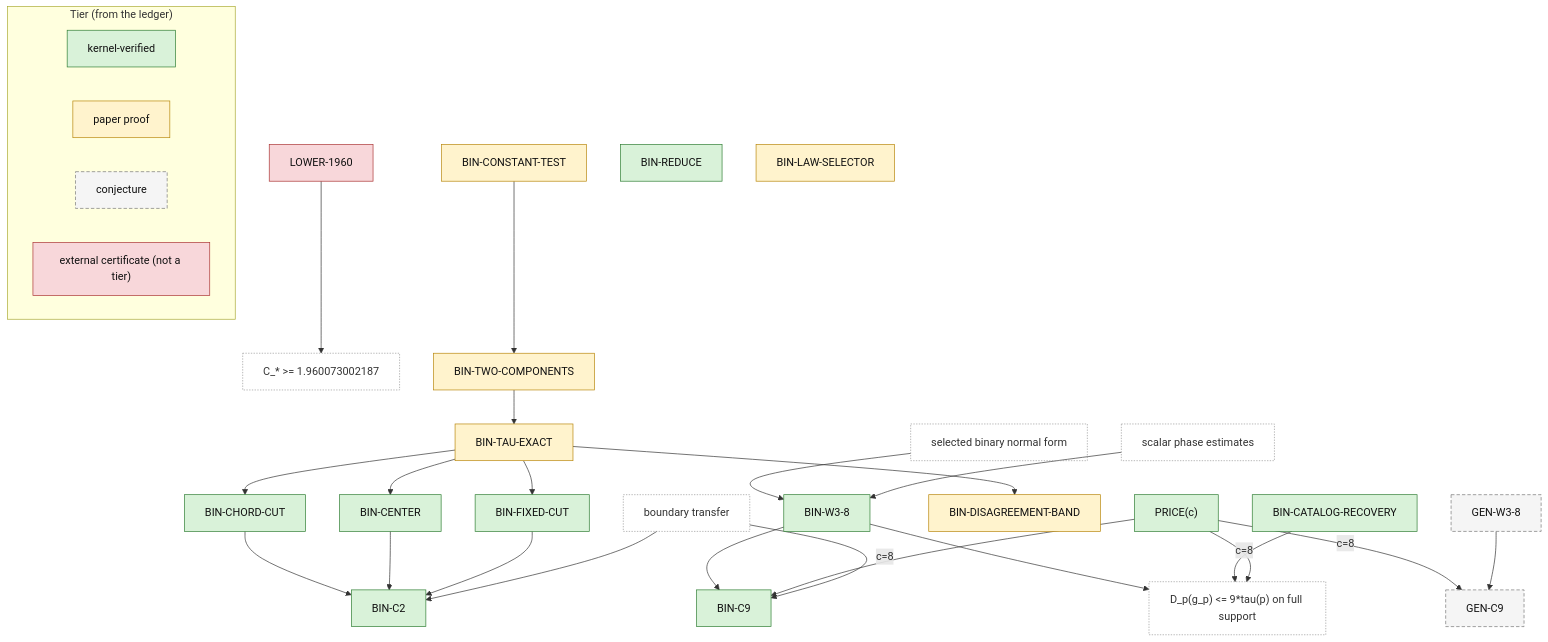
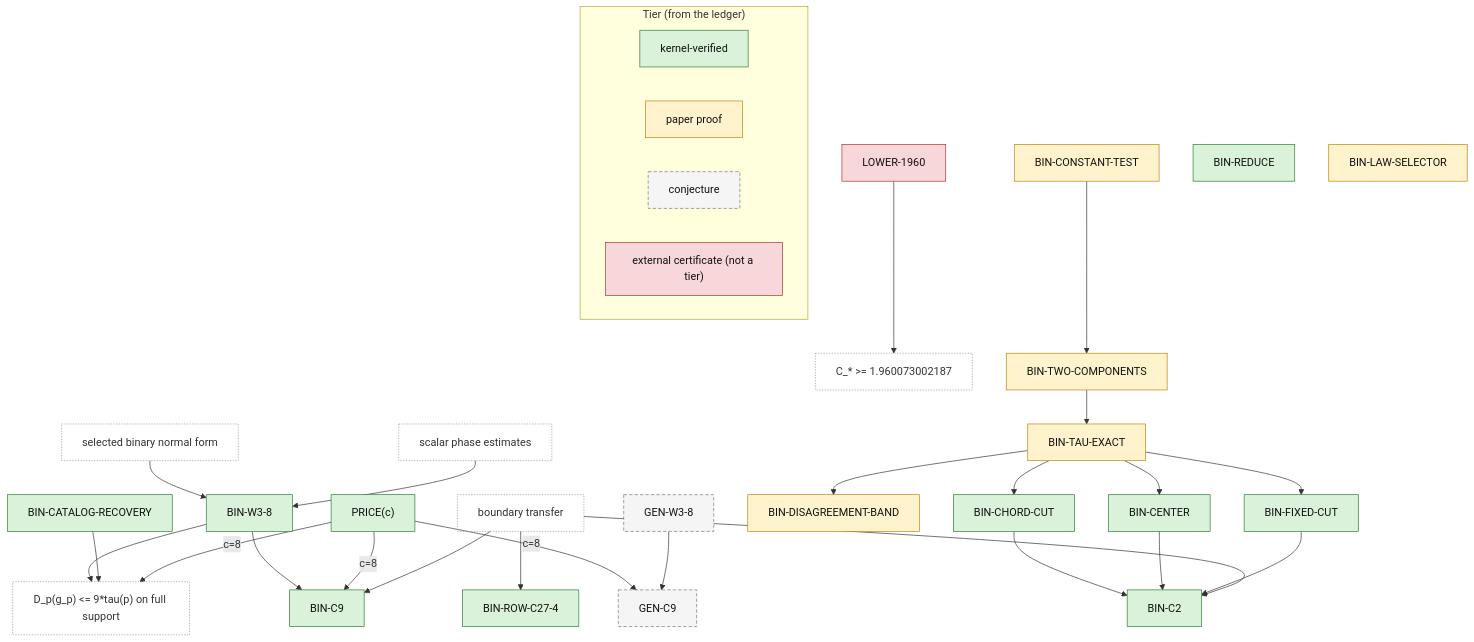
Before and after one commit to AlexisOlson/stochastic-to-deterministic-latents: the diagram in docs/claims.md, drawn with Mermaid. The commit also changed other lines of this file and 16 other files, not shown here.

````diff
--- a/docs/claims.md
+++ b/docs/claims.md
@@ -61,62 +70,63 @@
 ```mermaid
 %% Claim DAG from docs/claims.md. Edge A --> B means B depends on A.
 %% Node colour is the ledger tier; dashed plain nodes are inputs that are not claims.
 %% Generated by gen_diagrams.py; do not edit by hand.
 graph TD
   selected_binary_normal_form["selected binary normal form"]:::aux
   BIN_W3_8["BIN-W3-8"]:::kernel
   scalar_phase_estimates["scalar phase estimates"]:::aux
   BIN_C9["BIN-C9"]:::kernel
   PRICE_c["PRICE(c)"]:::kernel
   boundary_transfer["boundary transfer"]:::aux
   D_p_g_p_9_tau_p_on_full_support["D_p(g_p) <= 9*tau(p) on full support"]:::aux
   BIN_CATALOG_RECOVERY["BIN-CATALOG-RECOVERY"]:::kernel
   GEN_C9["GEN-C9"]:::conjecture
   GEN_W3_8["GEN-W3-8"]:::conjecture
   LOWER_1960["LOWER-1960"]:::external
   C_1_960073002187["C_* >= 1.960073002187"]:::aux
   BIN_CONSTANT_TEST["BIN-CONSTANT-TEST"]:::paper
   BIN_TWO_COMPONENTS["BIN-TWO-COMPONENTS"]:::paper
   BIN_TAU_EXACT["BIN-TAU-EXACT"]:::paper
   BIN_DISAGREEMENT_BAND["BIN-DISAGREEMENT-BAND"]:::paper
   BIN_CHORD_CUT["BIN-CHORD-CUT"]:::kernel
   BIN_CENTER["BIN-CENTER"]:::kernel
   BIN_FIXED_CUT["BIN-FIXED-CUT"]:::kernel
   BIN_C2["BIN-C2"]:::kernel
+  BIN_ROW_C27_4["BIN-ROW-C27-4"]:::kernel
   BIN_REDUCE["BIN-REDUCE"]:::kernel
   BIN_LAW_SELECTOR["BIN-LAW-SELECTOR"]:::paper
   selected_binary_normal_form --> BIN_W3_8
   scalar_phase_estimates --> BIN_W3_8
   BIN_W3_8 --> BIN_C9
   PRICE_c -- "c=8" --> BIN_C9
   boundary_transfer --> BIN_C9
   BIN_W3_8 --> D_p_g_p_9_tau_p_on_full_support
   BIN_CATALOG_RECOVERY --> D_p_g_p_9_tau_p_on_full_support
   PRICE_c -- "c=8" --> D_p_g_p_9_tau_p_on_full_support
   PRICE_c -- "c=8" --> GEN_C9
   GEN_W3_8 --> GEN_C9
   LOWER_1960 --> C_1_960073002187
   BIN_CONSTANT_TEST --> BIN_TWO_COMPONENTS
   BIN_TWO_COMPONENTS --> BIN_TAU_EXACT
   BIN_TAU_EXACT --> BIN_DISAGREEMENT_BAND
   BIN_TAU_EXACT --> BIN_CHORD_CUT
   BIN_TAU_EXACT --> BIN_CENTER
   BIN_TAU_EXACT --> BIN_FIXED_CUT
   BIN_CHORD_CUT --> BIN_C2
   BIN_CENTER --> BIN_C2
   BIN_FIXED_CUT --> BIN_C2
   boundary_transfer --> BIN_C2
+  boundary_transfer --> BIN_ROW_C27_4
   subgraph LEGEND["Tier (from the ledger)"]
     direction LR
     L_kernel["kernel-verified"]:::kernel
     L_paper["paper proof"]:::paper
     L_conjecture["conjecture"]:::conjecture
     L_external["external certificate (not a tier)"]:::external
   end
   classDef kernel fill:#d9f2d9,stroke:#2e7d32,color:#111;
   classDef paper fill:#fff3cd,stroke:#b8860b,color:#111;
-  classDef interval fill:#dbe9ff,stroke:#1e5aa8,color:#111;
   classDef conjecture fill:#f5f5f5,stroke:#777,stroke-dasharray:5 3,color:#111;
   classDef external fill:#f8d7da,stroke:#a33,color:#111;
   classDef aux fill:none,stroke:#999,stroke-dasharray:2 2,color:#333;
 ```
````
